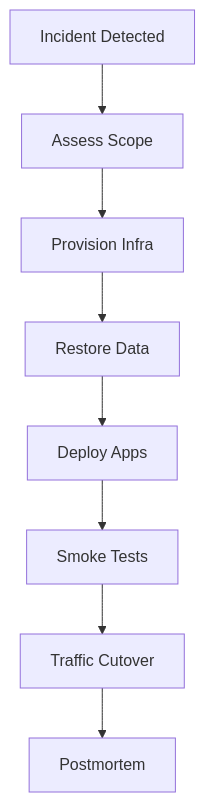
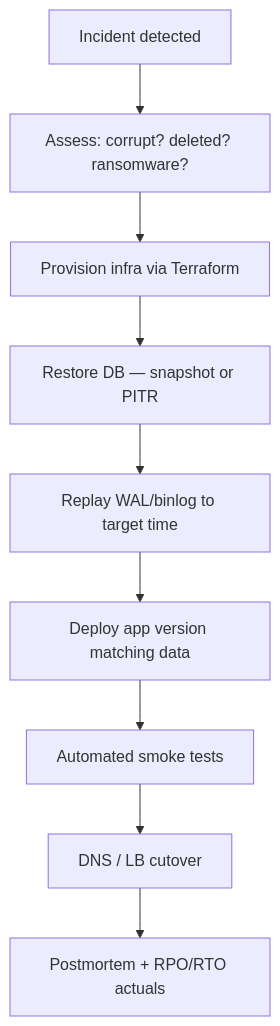
Diagram 17 of 22 in 12-reliability-engineering/README.md (hareramcse/SystemDesign), drawn with Mermaid before and after one commit. The commit also changed other lines of this file and 5 other files, not shown here.

````diff
--- a/12-reliability-engineering/README.md
+++ b/12-reliability-engineering/README.md
@@ -784,10 +939,11 @@
 ```mermaid
 flowchart TB
-    Detect[Incident Detected] --> Scope[Assess Scope]
-    Scope --> Prov[Provision Infra]
-    Prov --> Restore[Restore Data]
-    Restore --> Deploy[Deploy Apps]
-    Deploy --> Validate[Smoke Tests]
-    Validate --> Cutover[Traffic Cutover]
-    Cutover --> Post[Postmortem]
+    Detect[Incident detected] --> Scope[Assess: corrupt? deleted? ransomware?]
+    Scope --> Prov[Provision infra via Terraform]
+    Prov --> Restore[Restore DB — snapshot or PITR]
+    Restore --> Binlog[Replay WAL/binlog to target time]
+    Binlog --> Deploy[Deploy app version matching data]
+    Deploy --> Validate[Automated smoke tests]
+    Validate --> Cutover[DNS / LB cutover]
+    Cutover --> Post[Postmortem + RPO/RTO actuals]
 ```
````
